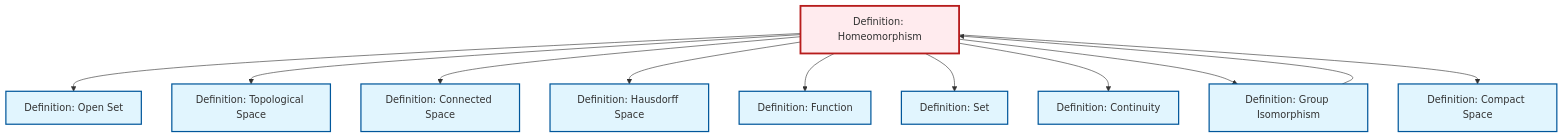
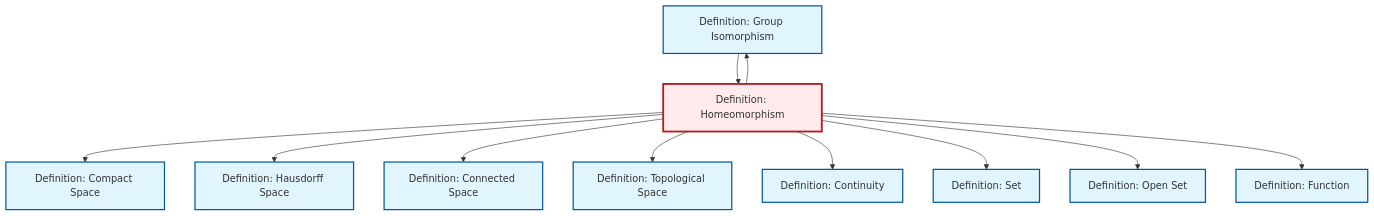
One commit to RK0429/ModernMath changed the diagram in content/en/topology/def-homeomorphism.qmd. Above: the diagram before and after it, drawn with Mermaid. The commit also changed other lines of this file and 14 other files, not shown here.

First line of the commit message:
feat: Add fundamental group definition with comprehensive cross-references

````diff
--- a/content/en/topology/def-homeomorphism.qmd
+++ b/content/en/topology/def-homeomorphism.qmd
@@ -101,39 +101,39 @@
 ```{mermaid}
 %%| fig-cap: "Local dependency graph"
 graph TD
     classDef definition fill:#e1f5fe,stroke:#01579b,stroke-width:2px
     classDef theorem fill:#f3e5f5,stroke:#4a148c,stroke-width:2px
     classDef axiom fill:#fff3e0,stroke:#e65100,stroke-width:2px
     classDef example fill:#e8f5e9,stroke:#1b5e20,stroke-width:2px
     classDef current fill:#ffebee,stroke:#b71c1c,stroke-width:3px
+    def-set["Definition: Set"]:::definition
+    def-connected["Definition: Connected Space"]:::definition
+    def-isomorphism["Definition: Group Isomorphism"]:::definition
+    def-continuity["Definition: Continuity"]:::definition
+    def-open-set["Definition: Open Set"]:::definition
+    def-hausdorff["Definition: Hausdorff Space"]:::definition
     def-homeomorphism["Definition: Homeomorphism"]:::definition
+    def-function["Definition: Function"]:::definition
     def-compact["Definition: Compact Space"]:::definition
-    def-hausdorff["Definition: Hausdorff Space"]:::definition
-    def-continuity["Definition: Continuity"]:::definition
-    def-isomorphism["Definition: Group Isomorphism"]:::definition
-    def-function["Definition: Function"]:::definition
     def-topological-space["Definition: Topological Space"]:::definition
-    def-set["Definition: Set"]:::definition
-    def-open-set["Definition: Open Set"]:::definition
-    def-connected["Definition: Connected Space"]:::definition
+    def-homeomorphism --> def-compact
+    def-homeomorphism --> def-hausdorff
+    def-homeomorphism --> def-connected
+    def-homeomorphism --> def-isomorphism
+    def-homeomorphism --> def-topological-space
+    def-homeomorphism --> def-continuity
+    def-homeomorphism --> def-set
+    def-isomorphism --> def-homeomorphism
     def-homeomorphism --> def-open-set
-    def-isomorphism --> def-homeomorphism
-    def-homeomorphism --> def-topological-space
-    def-homeomorphism --> def-connected
-    def-homeomorphism --> def-hausdorff
     def-homeomorphism --> def-function
-    def-homeomorphism --> def-set
-    def-homeomorphism --> def-continuity
-    def-homeomorphism --> def-isomorphism
-    def-homeomorphism --> def-compact
     class def-homeomorphism current
+    click def-set "def-set.html" "Go to Set definition"
+    click def-connected "def-connected.html" "Go to Connected Space definition"
+    click def-isomorphism "def-isomorphism.html" "Go to Group Isomorphism definition"
+    click def-continuity "def-continuity.html" "Go to Continuity definition"
+    click def-open-set "def-open-set.html" "Go to Open Set definition"
+    click def-hausdorff "def-hausdorff.html" "Go to Hausdorff Space definition"
+    click def-function "def-function.html" "Go to Function definition"
     click def-compact "def-compact.html" "Go to Compact Space definition"
-    click def-hausdorff "def-hausdorff.html" "Go to Hausdorff Space definition"
-    click def-continuity "def-continuity.html" "Go to Continuity definition"
-    click def-isomorphism "def-isomorphism.html" "Go to Group Isomorphism definition"
-    click def-function "def-function.html" "Go to Function definition"
     click def-topological-space "def-topological-space.html" "Go to Topological Space definition"
-    click def-set "def-set.html" "Go to Set definition"
-    click def-open-set "def-open-set.html" "Go to Open Set definition"
-    click def-connected "def-connected.html" "Go to Connected Space definition"
 ```
````
